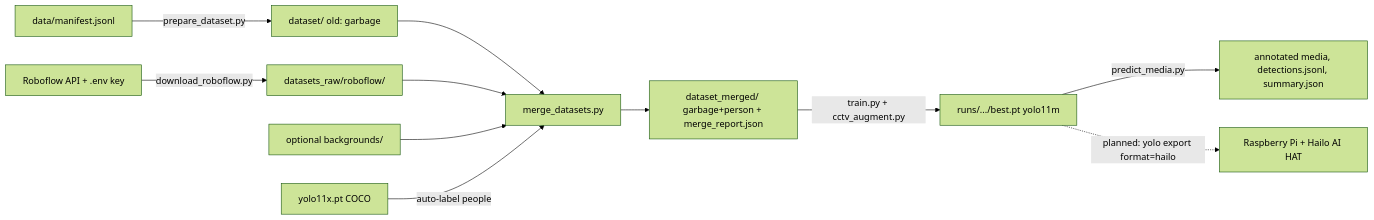
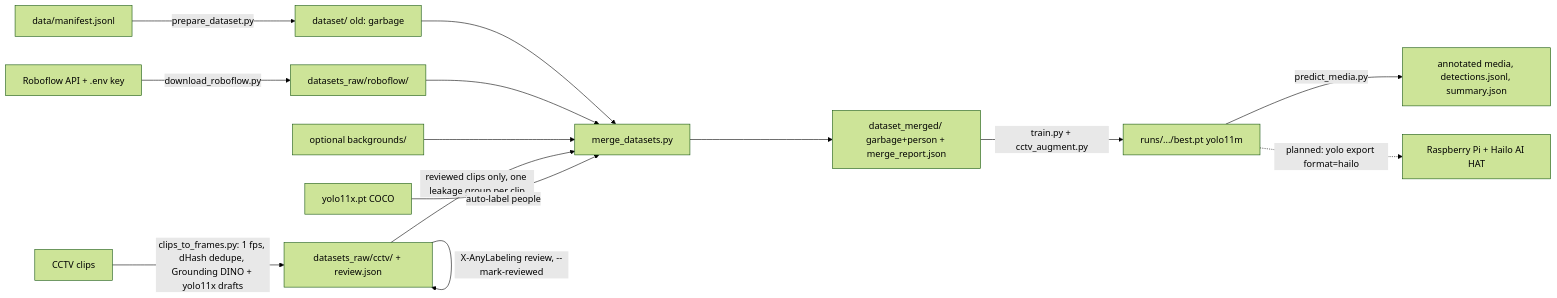
The diagram in PROJECT_STATE.md (jayesh-aashman01/Garbage-Detector-Model), drawn with Mermaid (forest theme) before and after one commit. The commit also changed other lines of this file and 7 other files, not shown here.

First line of the commit message:
feat: CCTV clip-to-frames drafting with Grounding DINO, review gate and CCTV merge source

````diff
--- a/PROJECT_STATE.md
+++ b/PROJECT_STATE.md
@@ -40,13 +42,16 @@
 ```mermaid
 flowchart LR
   M[data/manifest.jsonl] -->|prepare_dataset.py| D[dataset/ old: garbage]
   R[Roboflow API + .env key] -->|download_roboflow.py| RF[datasets_raw/roboflow/]
   D --> MG[merge_datasets.py]
   RF --> MG
   BG[optional backgrounds/] --> MG
+  CL[CCTV clips] -->|clips_to_frames.py: 1 fps, dHash dedupe, Grounding DINO + yolo11x drafts| CR[datasets_raw/cctv/ + review.json]
+  CR -->|X-AnyLabeling review, --mark-reviewed| CR
+  CR -->|reviewed clips only, one leakage group per clip| MG
   Y[yolo11x.pt COCO] -->|auto-label people| MG
   MG --> DM[dataset_merged/ garbage+person + merge_report.json]
   DM -->|train.py + cctv_augment.py| W[runs/.../best.pt yolo11m]
   W -->|predict_media.py| O[annotated media, detections.jsonl, summary.json]
   W -.->|planned: yolo export format=hailo| H[Raspberry Pi + Hailo AI HAT]
 ```
````
